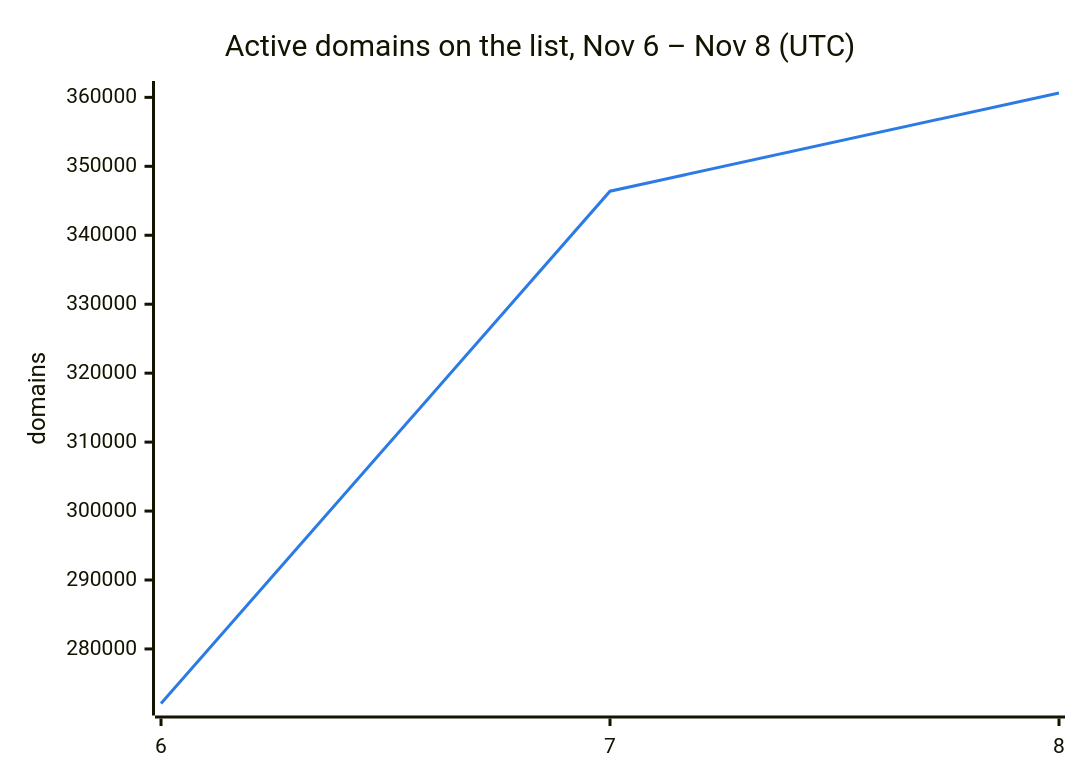
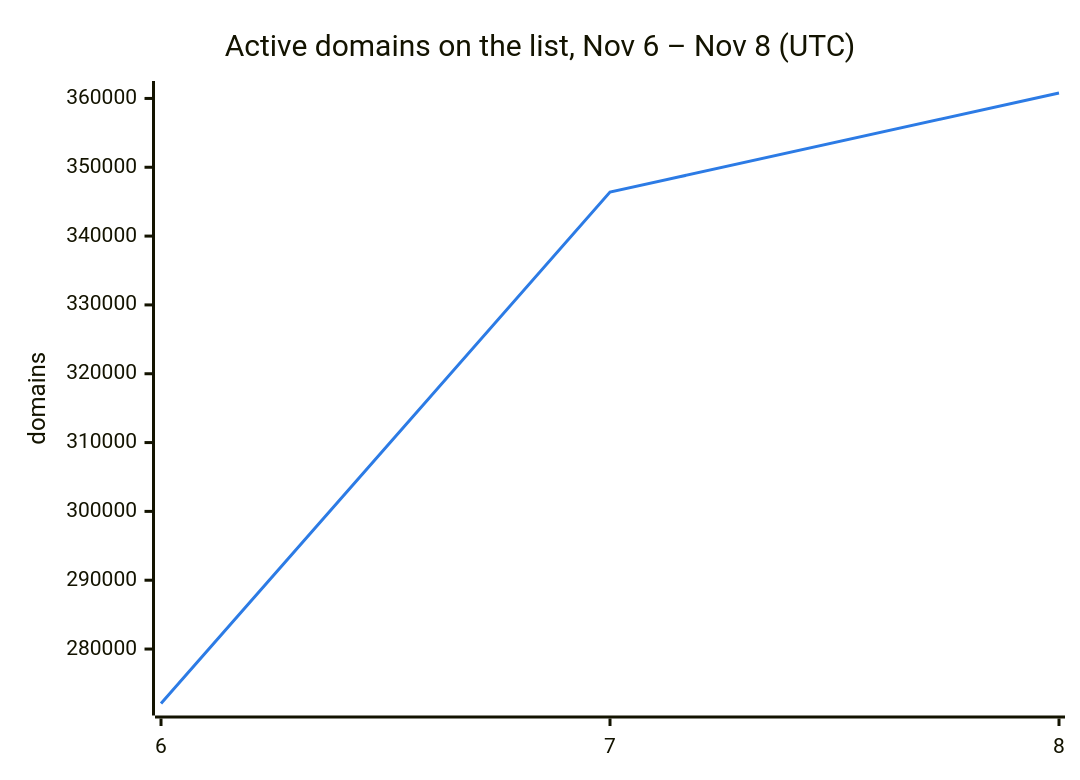
Before and after one commit to DNSBunker/CTI: the second of 3 diagrams in README.md, drawn with Mermaid. The commit also changed other lines of this file and 3 other files, not shown here.

````diff
--- a/README.md
+++ b/README.md
@@ -38,8 +38,8 @@
 ```mermaid
 %%{init: {"themeVariables": {"xyChart": {"plotColorPalette": "#2c7be5"}}}}%%
 xychart-beta
     title "Active domains on the list, Nov 6 – Nov 8 (UTC)"
     x-axis ["6", "7", "8"]
     y-axis "domains"
-    line [272088, 346388, 360634]
+    line [272088, 346388, 360790]
 ```
````
